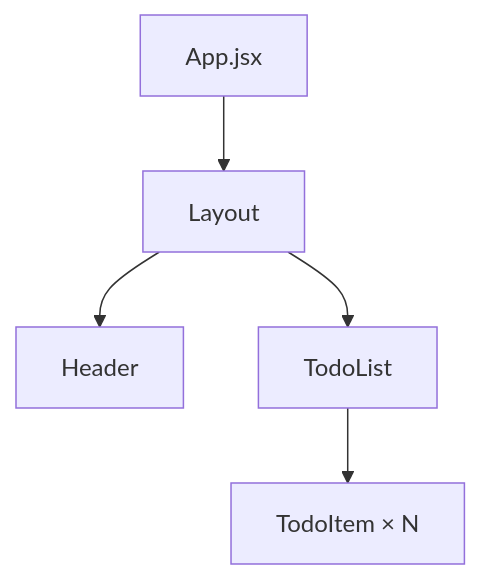
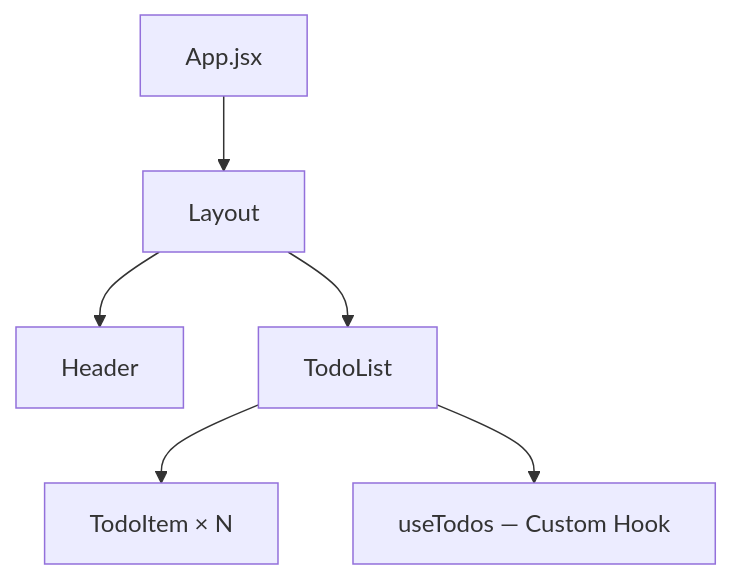
Before and after one commit to AlinaSalovyk/Todo: the first of 2 diagrams in lab4/README.md, drawn with Mermaid. The commit also changed other lines of this file, not shown here.

````diff
--- a/lab4/README.md
+++ b/lab4/README.md
@@ -52,7 +52,10 @@
 ```mermaid
 graph TD
     A[App.jsx] --> B[Layout]
     B --> C[Header]
     B --> D[TodoList]
     D --> E[TodoItem × N]
+    D --> F[useTodos — Custom Hook]
+
+
 ```
````
